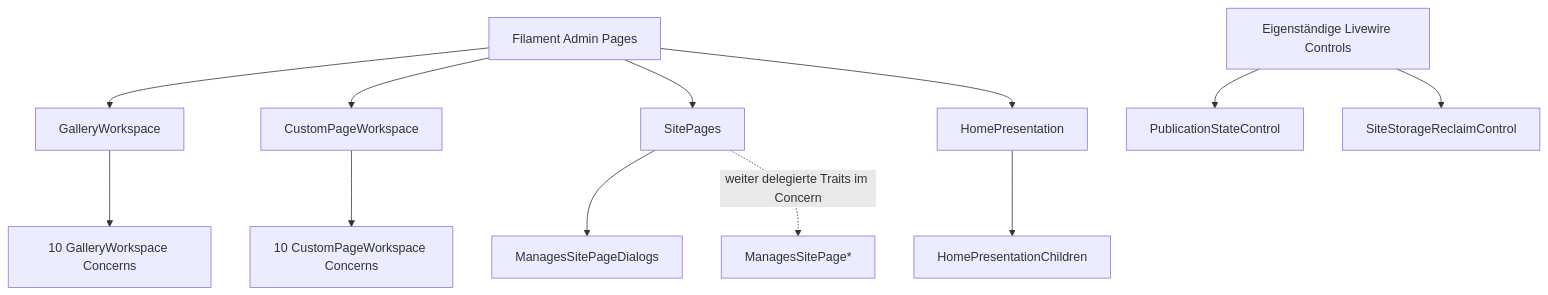
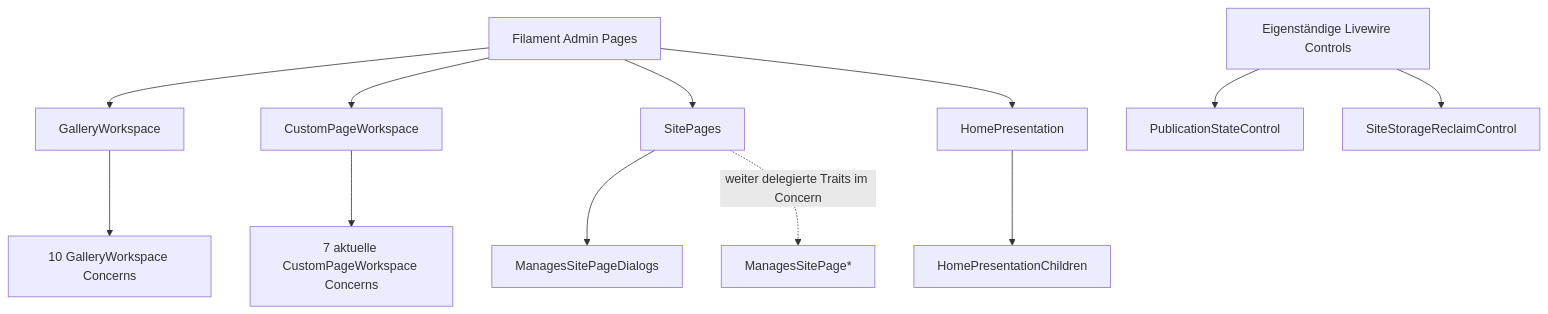
The diagram in docs/architecture/ui-surfaces.md (Wiiii90/moeller-lars), drawn with Mermaid before and after one commit. The commit also changed other lines of this file and 3 other files, not shown here.

Commit message:
docs(architecture): mark frozen PHP and UI catalogs after Custom Page trait cleanup

````diff
--- a/docs/architecture/ui-surfaces.md
+++ b/docs/architecture/ui-surfaces.md
@@ -23,14 +23,14 @@
 ```mermaid
 flowchart TD
     Pages["Filament Admin Pages"] --> Gallery["GalleryWorkspace"]
     Pages --> Custom["CustomPageWorkspace"]
     Pages --> Site["SitePages"]
     Pages --> Home["HomePresentation"]
     Gallery --> G["10 GalleryWorkspace Concerns"]
-    Custom --> C["10 CustomPageWorkspace Concerns"]
+    Custom --> C["7 aktuelle CustomPageWorkspace Concerns"]
     Site --> S["ManagesSitePageDialogs"]
     Home --> H["HomePresentationChildren"]
     Site -. "weiter delegierte Traits im Concern" .-> Other["ManagesSitePage*"]
     Livewire["Eigenständige Livewire Controls"] --> Publication["PublicationStateControl"]
     Livewire --> Storage["SiteStorageReclaimControl"]
 ```
````
